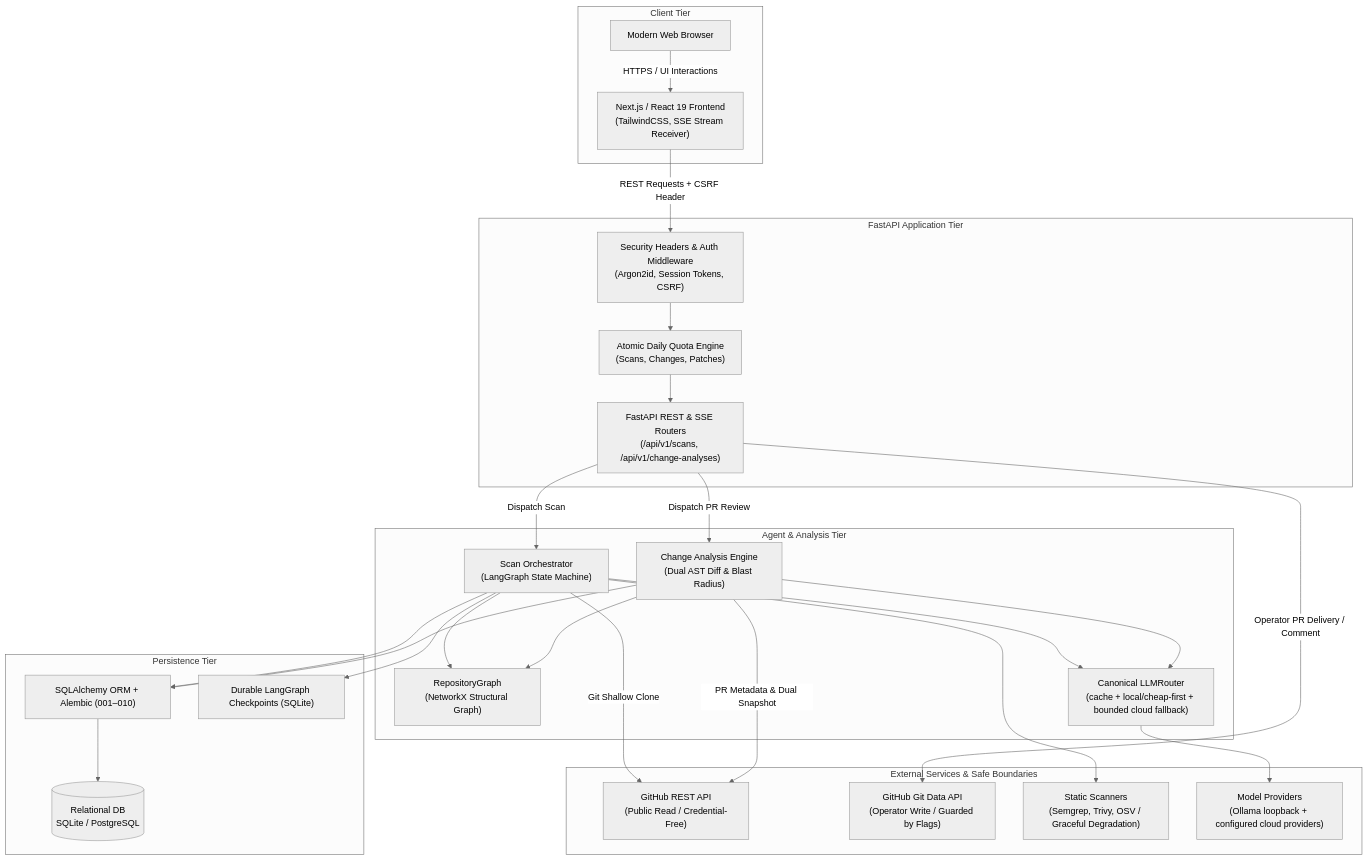
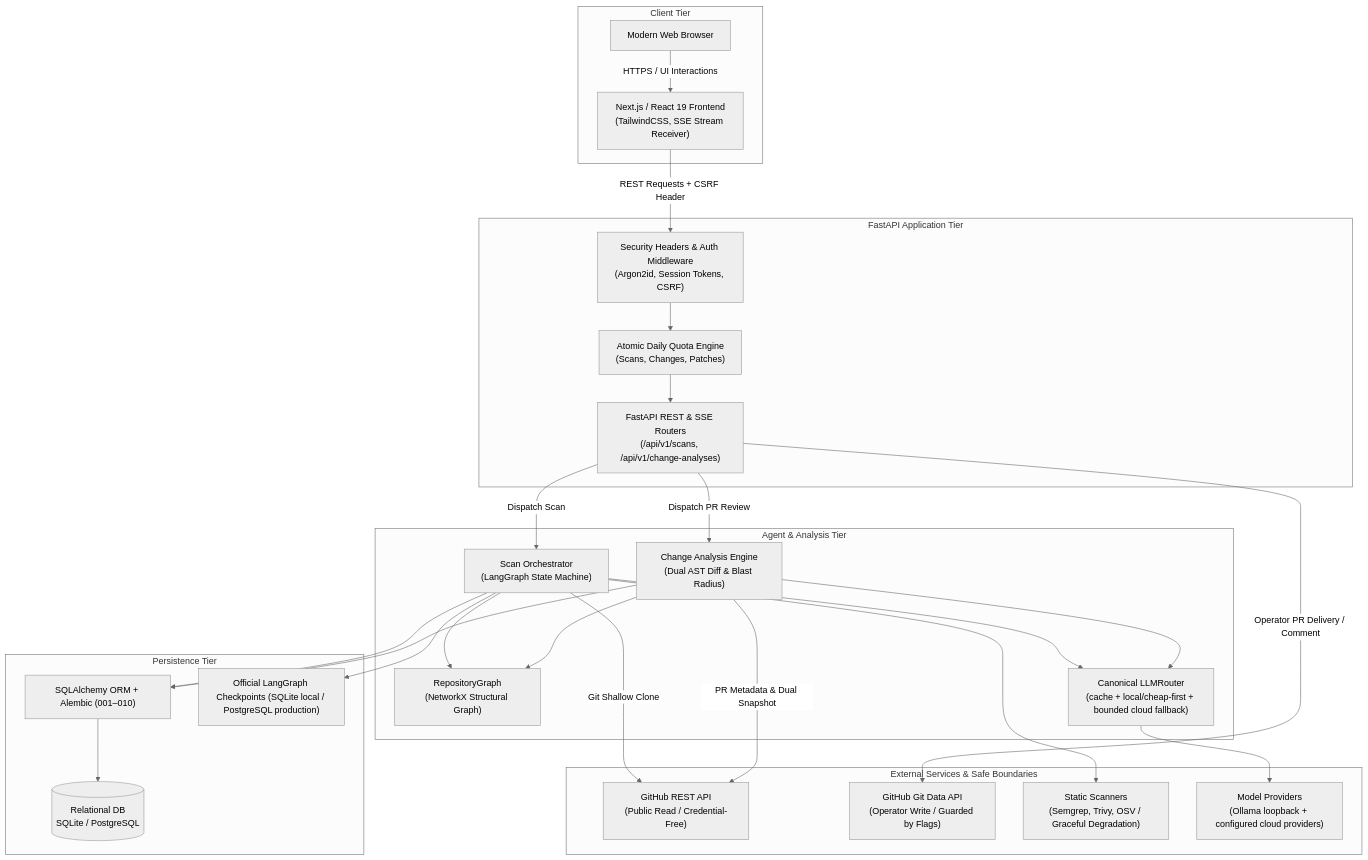
One commit to yashaskn8/RepoLens changed the first of 3 diagrams in docs/architecture.md. Above: the diagram before and after it, drawn with Mermaid (neutral theme). The commit also changed other lines of this file and 21 other files, not shown here.

Commit message:
feat(execution): add production durable graph recovery

````diff
--- a/docs/architecture.md
+++ b/docs/architecture.md
@@ -34,56 +34,56 @@
 ```mermaid
 flowchart TB
     subgraph Client["Client Tier"]
         Browser["Modern Web Browser"]
         NextJS["Next.js / React 19 Frontend<br/>(TailwindCSS, SSE Stream Receiver)"]
         Browser -->|HTTPS / UI Interactions| NextJS
     end
 
     subgraph API["FastAPI Application Tier"]
         AuthMid["Security Headers & Auth Middleware<br/>(Argon2id, Session Tokens, CSRF)"]
         QuotaSvc["Atomic Daily Quota Engine<br/>(Scans, Changes, Patches)"]
         Router["FastAPI REST & SSE Routers<br/>(/api/v1/scans, /api/v1/change-analyses)"]
         
         NextJS -->|REST Requests + CSRF Header| AuthMid
         AuthMid --> QuotaSvc
         QuotaSvc --> Router
     end
 
     subgraph Orchestration["Agent & Analysis Tier"]
         ScanWorkflow["Scan Orchestrator<br/>(LangGraph State Machine)"]
         ChangeWorkflow["Change Analysis Engine<br/>(Dual AST Diff & Blast Radius)"]
         RepoGraph["RepositoryGraph<br/>(NetworkX Structural Graph)"]
         LLMRouter["Canonical LLMRouter<br/>(cache + local/cheap-first + bounded cloud fallback)"]
 
         Router -->|Dispatch Scan| ScanWorkflow
         Router -->|Dispatch PR Review| ChangeWorkflow
         ScanWorkflow --> RepoGraph
         ScanWorkflow --> LLMRouter
         ChangeWorkflow --> RepoGraph
         ChangeWorkflow --> LLMRouter
     end
 
     subgraph Persistence["Persistence Tier"]
         SQLAlchemy["SQLAlchemy ORM + Alembic (001–010)"]
-        Checkpointer["Durable LangGraph Checkpoints (SQLite)"]
+        Checkpointer["Official LangGraph Checkpoints (SQLite local / PostgreSQL production)"]
         RelationalDB[(Relational DB<br/>SQLite / PostgreSQL)]
 
         ScanWorkflow --> SQLAlchemy
         ChangeWorkflow --> SQLAlchemy
         ScanWorkflow --> Checkpointer
         SQLAlchemy --> RelationalDB
     end
 
     subgraph External["External Services & Safe Boundaries"]
         GitHubPublic["GitHub REST API<br/>(Public Read / Credential-Free)"]
         GitHubWrite["GitHub Git Data API<br/>(Operator Write / Guarded by Flags)"]
         ScannerCLIs["Static Scanners<br/>(Semgrep, Trivy, OSV / Graceful Degradation)"]
         ModelProviders["Model Providers<br/>(Ollama loopback + configured cloud providers)"]
 
         ScanWorkflow -->|Git Shallow Clone| GitHubPublic
         ChangeWorkflow -->|PR Metadata & Dual Snapshot| GitHubPublic
         Router -->|Operator PR Delivery / Comment| GitHubWrite
         ScanWorkflow --> ScannerCLIs
         LLMRouter --> ModelProviders
     end
 ```
````
